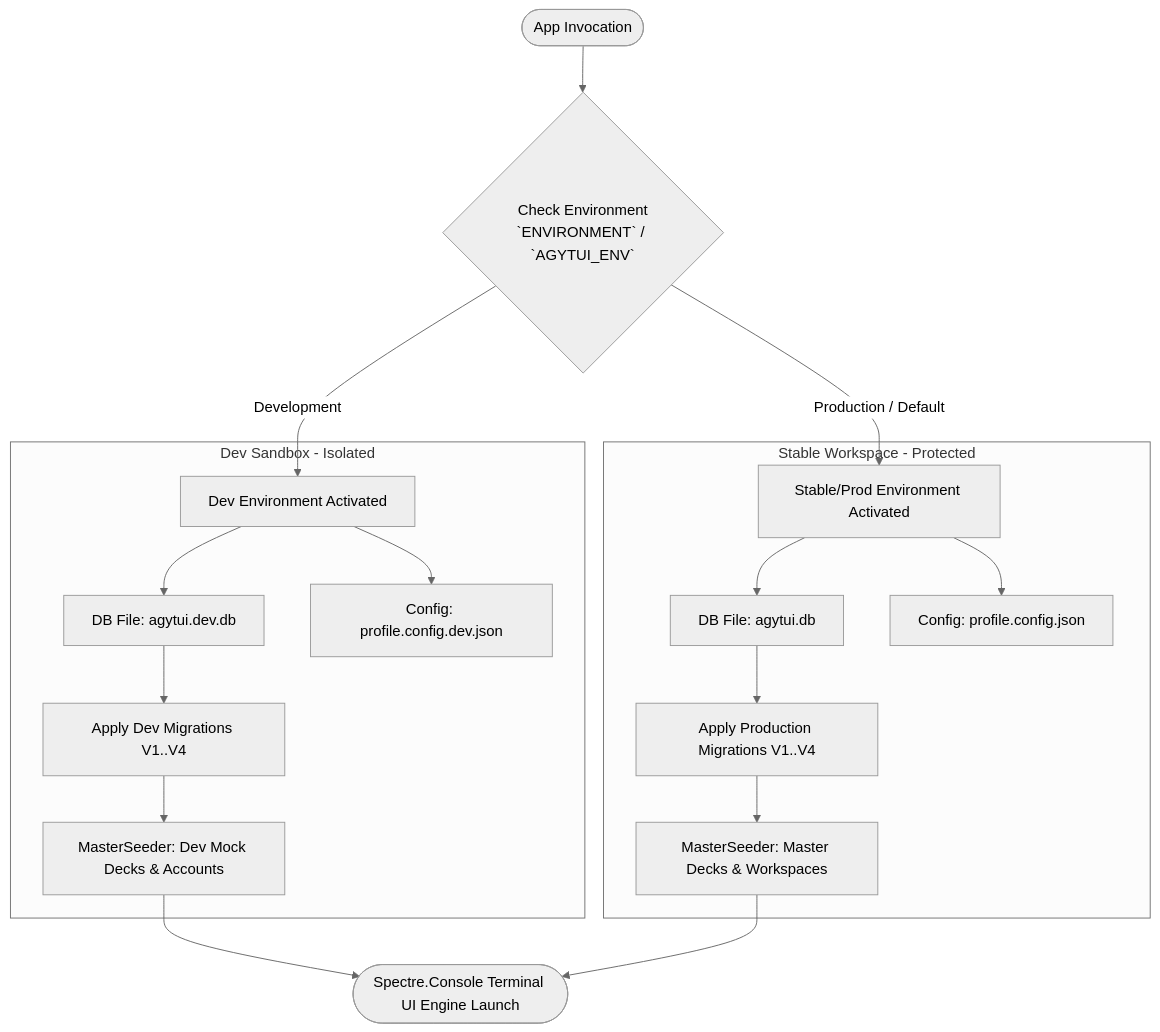
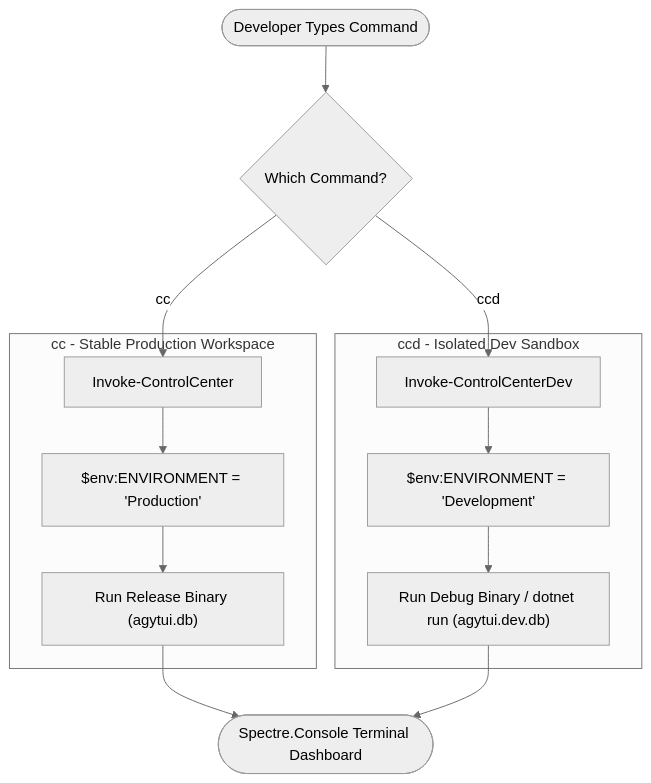
One commit to nhonvo/Powershell changed the second of 2 diagrams in docs/codebase_structure_and_review.md. Above: the diagram before and after it, drawn with Mermaid (neutral theme). The commit also changed other lines of this file and 2 other files, not shown here.

Commit message:
feat(profile): add ccd alias in PowerShell profile for isolated Dev environment, update review doc with cc vs ccd triggers

````diff
--- a/docs/codebase_structure_and_review.md
+++ b/docs/codebase_structure_and_review.md
@@ -415,24 +420,20 @@
 ```mermaid
 flowchart TD
-    Start([App Invocation]) --> CheckEnv{Check Environment<br/>`ENVIRONMENT` / `AGYTUI_ENV`}
+    UserCmd([Developer Types Command]) --> Choice{Which Command?}
     
-    CheckEnv -- Development --> DevPath[Dev Environment Activated]
-    CheckEnv -- Production / Default --> ProdPath[Stable/Prod Environment Activated]
+    Choice -- "cc" --> StableFunc[Invoke-ControlCenter]
+    Choice -- "ccd" --> DevFunc[Invoke-ControlCenterDev]
 
-    subgraph Dev_Environment [Dev Sandbox - Isolated]
-        DevPath --> DevDB[DB File: agytui.dev.db]
-        DevPath --> DevCfg[Config: profile.config.dev.json]
-        DevDB --> DevMigrate[Apply Dev Migrations V1..V4]
-        DevMigrate --> DevSeed[MasterSeeder: Dev Mock Decks & Accounts]
+    subgraph Prod_Trigger ["cc - Stable Production Workspace"]
+        StableFunc --> SetProdEnv["$env:ENVIRONMENT = 'Production'"]
+        SetProdEnv --> ExecProd["Run Release Binary (agytui.db)"]
     end
 
-    subgraph Prod_Environment [Stable Workspace - Protected]
-        ProdPath --> ProdDB[DB File: agytui.db]
-        ProdPath --> ProdCfg[Config: profile.config.json]
-        ProdDB --> ProdMigrate[Apply Production Migrations V1..V4]
-        ProdMigrate --> ProdSeed[MasterSeeder: Master Decks & Workspaces]
+    subgraph Dev_Trigger ["ccd - Isolated Dev Sandbox"]
+        DevFunc --> SetDevEnv["$env:ENVIRONMENT = 'Development'"]
+        SetDevEnv --> ExecDev["Run Debug Binary / dotnet run (agytui.dev.db)"]
     end
 
-    DevSeed --> UI([Spectre.Console Terminal UI Engine Launch])
-    ProdSeed --> UI
+    ExecProd --> UI([Spectre.Console Terminal Dashboard])
+    ExecDev --> UI
 ```
````
